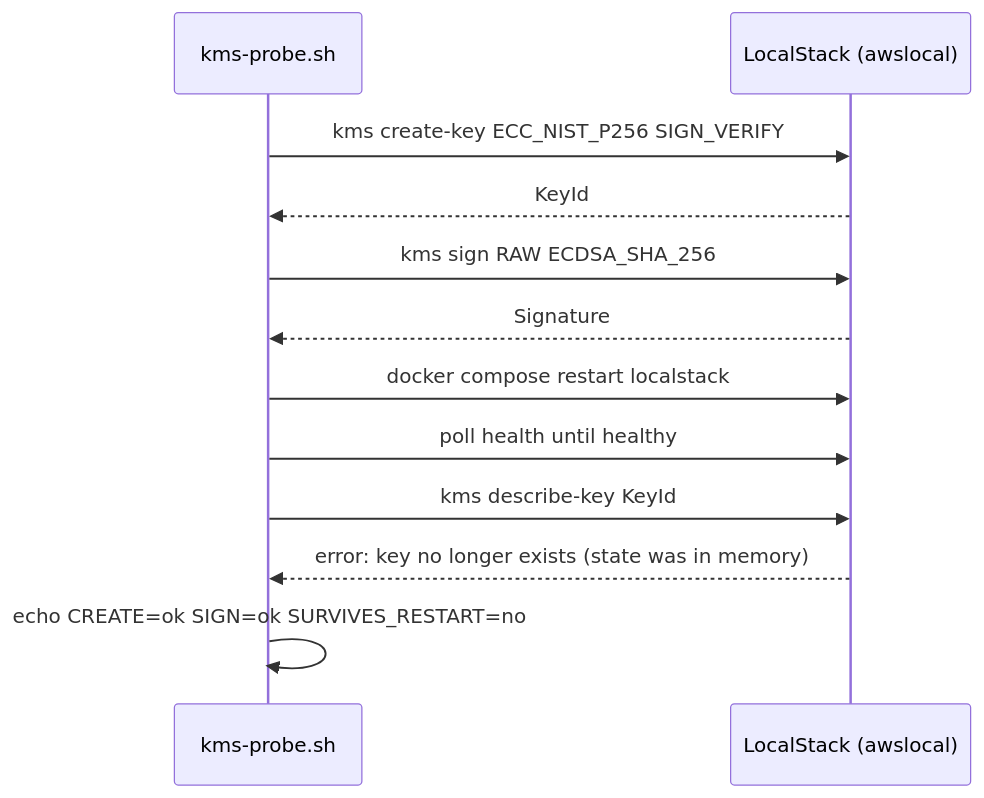
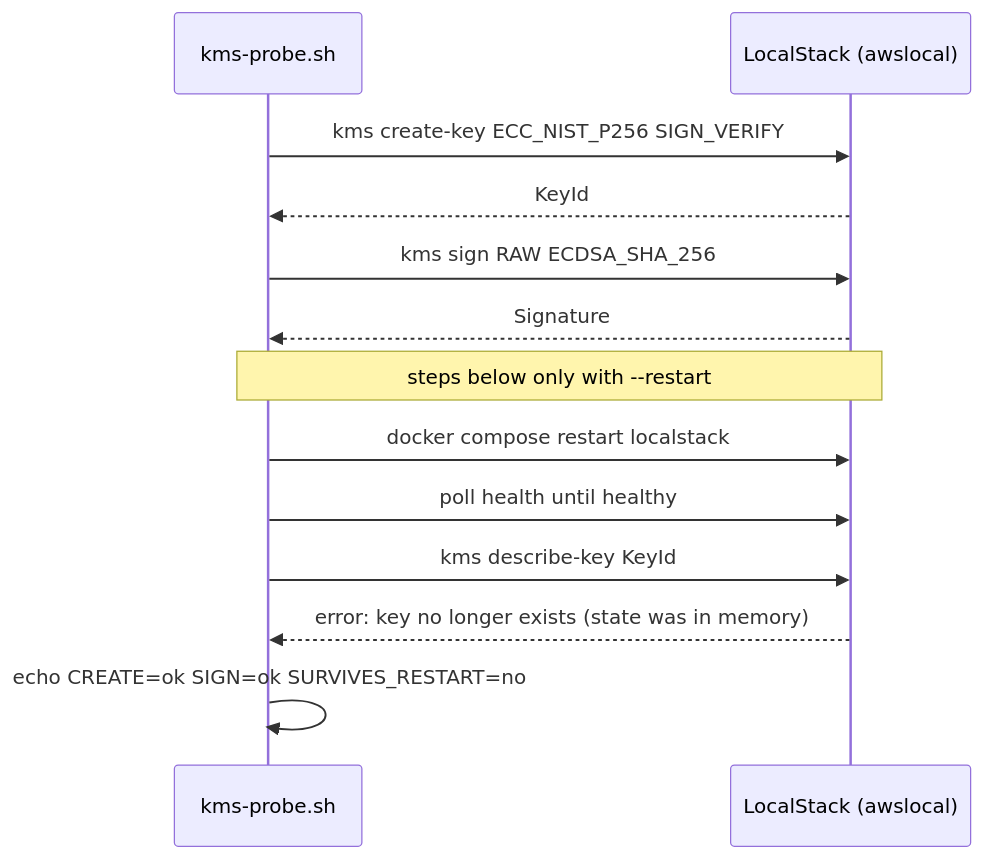
One commit to atharva009/vitals-shield changed the first of 3 diagrams in docs/learning/phase-00-scaffold.md. Above: the diagram before and after it, drawn with Mermaid. The commit also changed other lines of this file and 44 other files, not shown here.

````diff
--- a/docs/learning/phase-00-scaffold.md
+++ b/docs/learning/phase-00-scaffold.md
@@ -145,14 +150,15 @@
 ```mermaid
 sequenceDiagram
     participant P as kms-probe.sh
     participant L as LocalStack (awslocal)
     P->>L: kms create-key ECC_NIST_P256 SIGN_VERIFY
     L-->>P: KeyId
     P->>L: kms sign RAW ECDSA_SHA_256
     L-->>P: Signature
+    Note over P,L: steps below only with --restart
     P->>L: docker compose restart localstack
     P->>L: poll health until healthy
     P->>L: kms describe-key KeyId
     L-->>P: error: key no longer exists (state was in memory)
     P->>P: echo CREATE=ok SIGN=ok SURVIVES_RESTART=no
 ```
````
